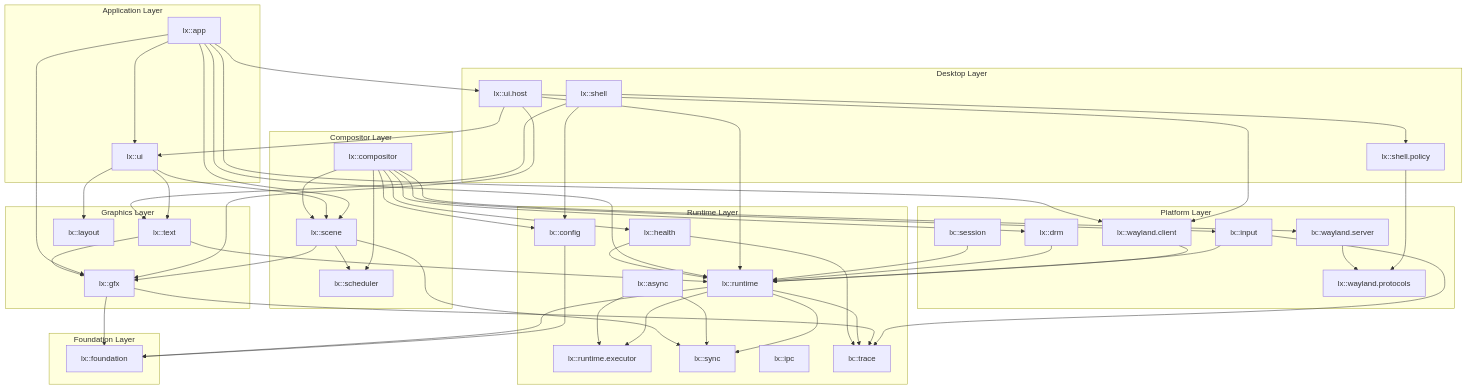
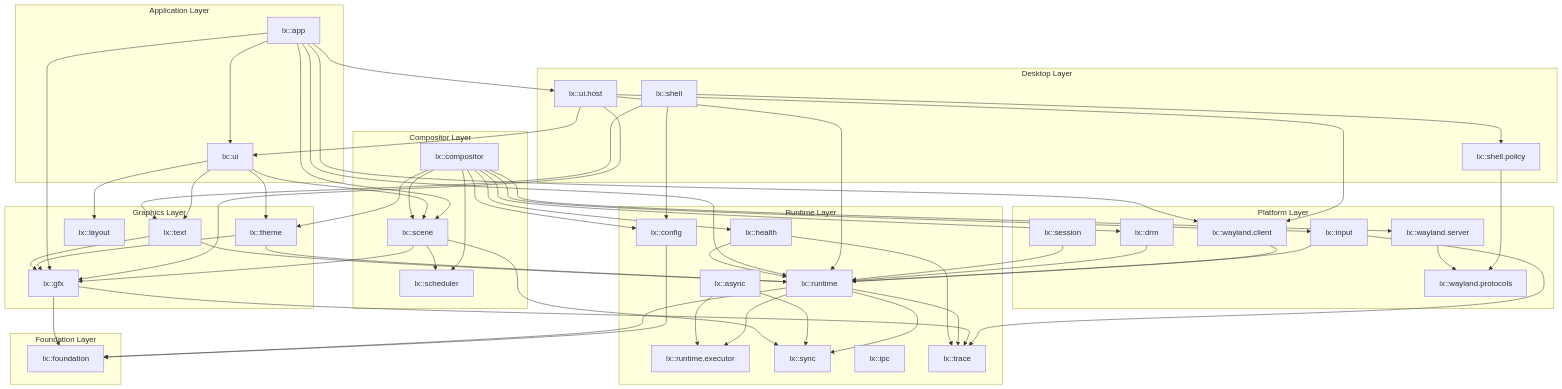
Before and after one commit to dimmus/lumen: the diagram in docs/uml/01-package-layers.mmd, drawn with Mermaid. The commit also changed 20 other files, not shown here.

```diff
--- a/docs/uml/01-package-layers.mmd
+++ b/docs/uml/01-package-layers.mmd
@@ -1,94 +1,99 @@
 flowchart TB
     subgraph Apps["Application Layer"]
         APP["lx::app"]
         UI["lx::ui"]
     end
 
     subgraph Desktop["Desktop Layer"]
         SHELL["lx::shell"]
         POLICY["lx::shell.policy"]
         UIHOST["lx::ui.host"]
     end
 
     subgraph Compositing["Compositor Layer"]
         COMP["lx::compositor"]
         SCENE["lx::scene"]
         SCHED["lx::scheduler"]
     end
 
     subgraph Graphics["Graphics Layer"]
         GFX["lx::gfx"]
         TEXT["lx::text"]
         LAYOUT["lx::layout"]
+        THEME["lx::theme"]
     end
 
     subgraph Platform["Platform Layer"]
         WLS["lx::wayland.server"]
         WLC["lx::wayland.client"]
         WLPROT["lx::wayland.protocols"]
         INPUT["lx::input"]
         SESSION["lx::session"]
         DRM["lx::drm"]
     end
 
     subgraph Runtime["Runtime Layer"]
         RT["lx::runtime"]
         EXEC["lx::runtime.executor"]
         SYNC["lx::sync"]
         IPC["lx::ipc"]
         ASYNC["lx::async"]
         TRACE["lx::trace"]
         HEALTH["lx::health"]
         CONFIG["lx::config"]
     end
 
     subgraph Foundation["Foundation Layer"]
         FOUND["lx::foundation"]
     end
 
     APP --> UIHOST
     UIHOST --> UI
     UIHOST --> GFX
     UIHOST --> WLC
     UIHOST --> RT
     APP --> UI
     APP --> GFX
     APP --> SCENE
     APP --> WLC
     APP --> RT
     UI --> SCENE
     UI --> TEXT
     UI --> LAYOUT
+    UI --> THEME
+    COMP --> THEME
+    THEME --> GFX
+    THEME --> RT
     SHELL --> POLICY
     SHELL --> TEXT
     POLICY --> WLPROT
     COMP --> WLS
     COMP --> SCENE
     COMP --> SCHED
     COMP --> INPUT
     COMP --> DRM
     COMP --> HEALTH
     COMP --> CONFIG
     SHELL --> CONFIG
     SCENE --> GFX
     SCENE --> SCHED
     WLS --> WLPROT
     WLC --> RT
     INPUT --> RT
     INPUT --> TRACE
     DRM --> RT
     SESSION --> RT
     GFX --> FOUND
     GFX --> TRACE
     TEXT --> RT
     TEXT --> GFX
     RT --> EXEC
     RT --> SYNC
     RT --> TRACE
     HEALTH --> RT
     HEALTH --> TRACE
     CONFIG --> FOUND
     ASYNC --> SYNC
     ASYNC --> EXEC
     SCENE --> SYNC
     RT --> FOUND
```
